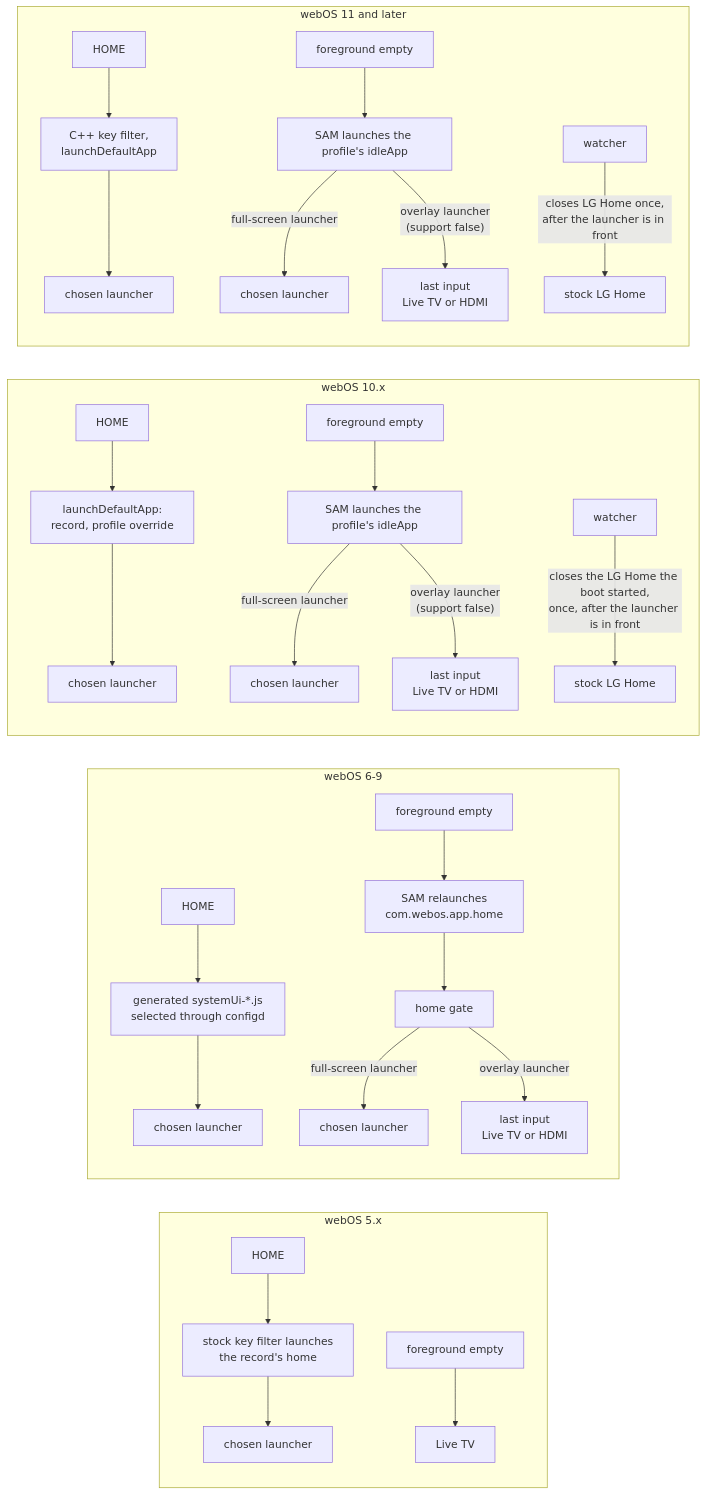
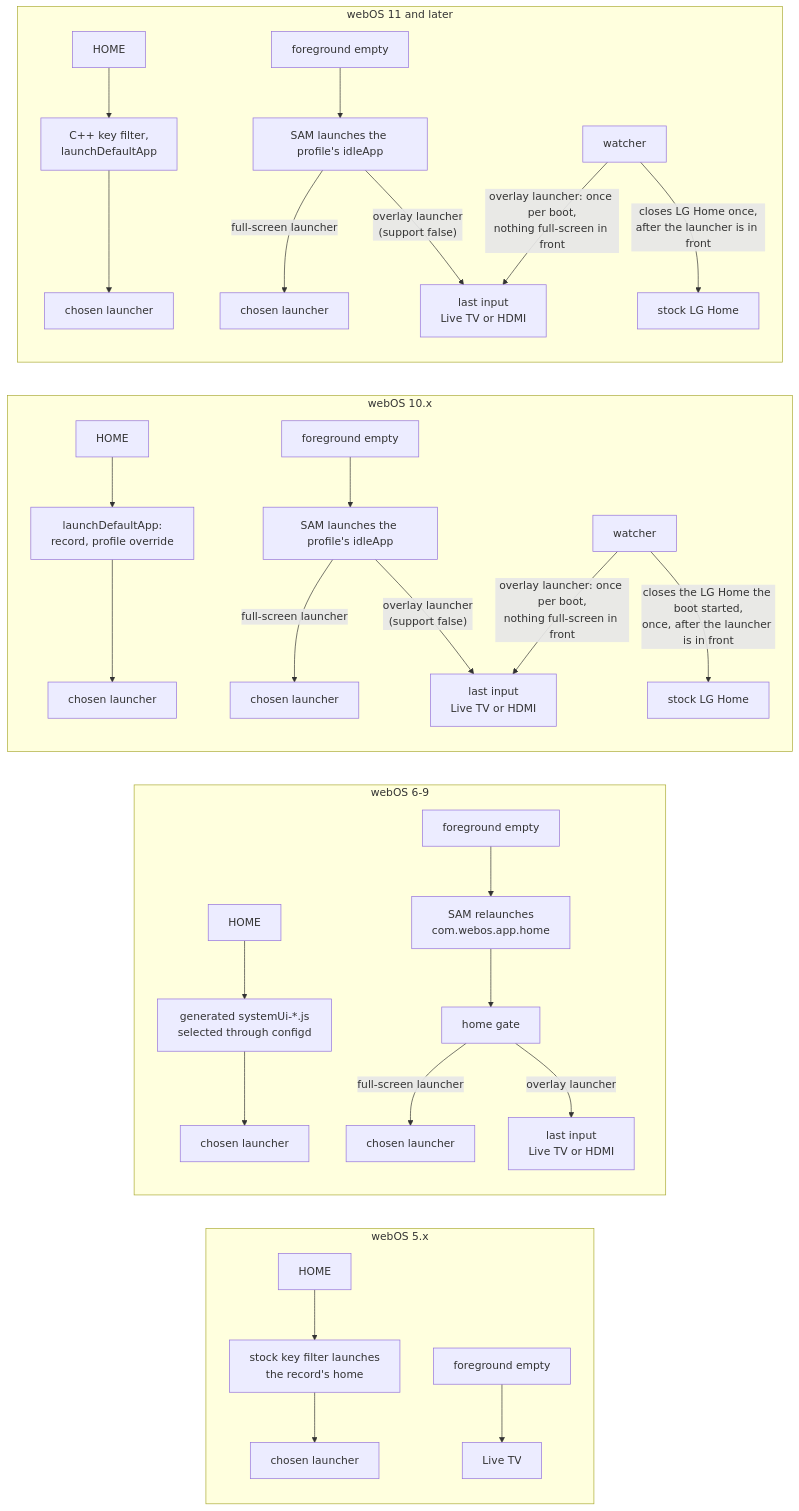
Before and after one commit to webosbrew/home-chooser: the second of 5 diagrams in docs/architecture.md, drawn with Mermaid. The commit also changed other lines of this file and 4 other files, not shown here.

````diff
--- a/docs/architecture.md
+++ b/docs/architecture.md
@@ -89,27 +89,29 @@
 ```mermaid
 flowchart LR
     subgraph w5["webOS 5.x"]
         k5["HOME"] --> f5["stock key filter launches<br/>the record's home"] --> l5["chosen launcher"]
         i5["foreground empty"] --> s5["Live TV"]
     end
     subgraph w69["webOS 6-9"]
         k69["HOME"] --> f69["generated systemUi-*.js<br/>selected through configd"] --> l69["chosen launcher"]
         i69["foreground empty"] --> s69["SAM relaunches<br/>com.webos.app.home"] --> g69["home gate"]
         g69 -- "full-screen launcher" --> l69b["chosen launcher"]
         g69 -- "overlay launcher" --> t69["last input<br/>Live TV or HDMI"]
     end
     subgraph w10["webOS 10.x"]
         k10["HOME"] --> f10["launchDefaultApp:<br/>record, profile override"] --> l10["chosen launcher"]
         i10["foreground empty"] --> s10["SAM launches the profile's idleApp"]
         s10 -- "full-screen launcher" --> l10b["chosen launcher"]
         s10 -- "overlay launcher<br/>(support false)" --> t10["last input<br/>Live TV or HDMI"]
         w10c["watcher"] -- "closes the LG Home the boot started,<br/>once, after the launcher is in front" --> h10["stock LG Home"]
+        w10c -- "overlay launcher: once per boot,<br/>nothing full-screen in front" --> t10
     end
     subgraph w11["webOS 11 and later"]
         k11["HOME"] --> f11["C++ key filter,<br/>launchDefaultApp"] --> l11["chosen launcher"]
         i11["foreground empty"] --> s11["SAM launches the profile's idleApp"]
         s11 -- "full-screen launcher" --> l11b["chosen launcher"]
         s11 -- "overlay launcher<br/>(support false)" --> t11["last input<br/>Live TV or HDMI"]
         w11c["watcher"] -- "closes LG Home once,<br/>after the launcher is in front" --> h11["stock LG Home"]
+        w11c -- "overlay launcher: once per boot,<br/>nothing full-screen in front" --> t11
     end
 ```
````
